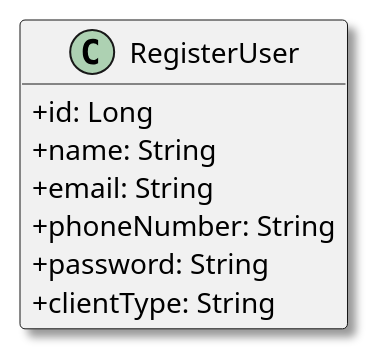
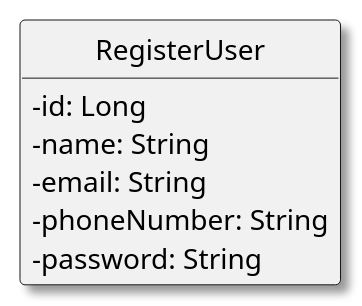
The diagram in Docs/US02/02-analysis/US01-DM.puml (vivianeaalmeida/ComeAndGet), drawn with PlantUML before and after one commit. The commit also changed 10 other files, not shown here.

First line of the commit message:
Created US08 and 09 diagrams

```diff
--- a/Docs/US02/02-analysis/US01-DM.puml
+++ b/Docs/US02/02-analysis/US01-DM.puml
@@ -1,16 +1,16 @@
 @startuml
 skinparam monochrome false
+hide circle
 skinparam packageStyle rectangle
 skinparam shadowing true
 skinparam classAttributeIconSize 0
 hide methods
 
 class RegisterUser {
-    + id: Long
-    + name: String
-    + email: String
-    + phoneNumber: String
-    + password: String
-    + clientType: String
+    - id: Long
+    - name: String
+    - email: String
+    - phoneNumber: String
+    - password: String
 }
 @enduml
```
